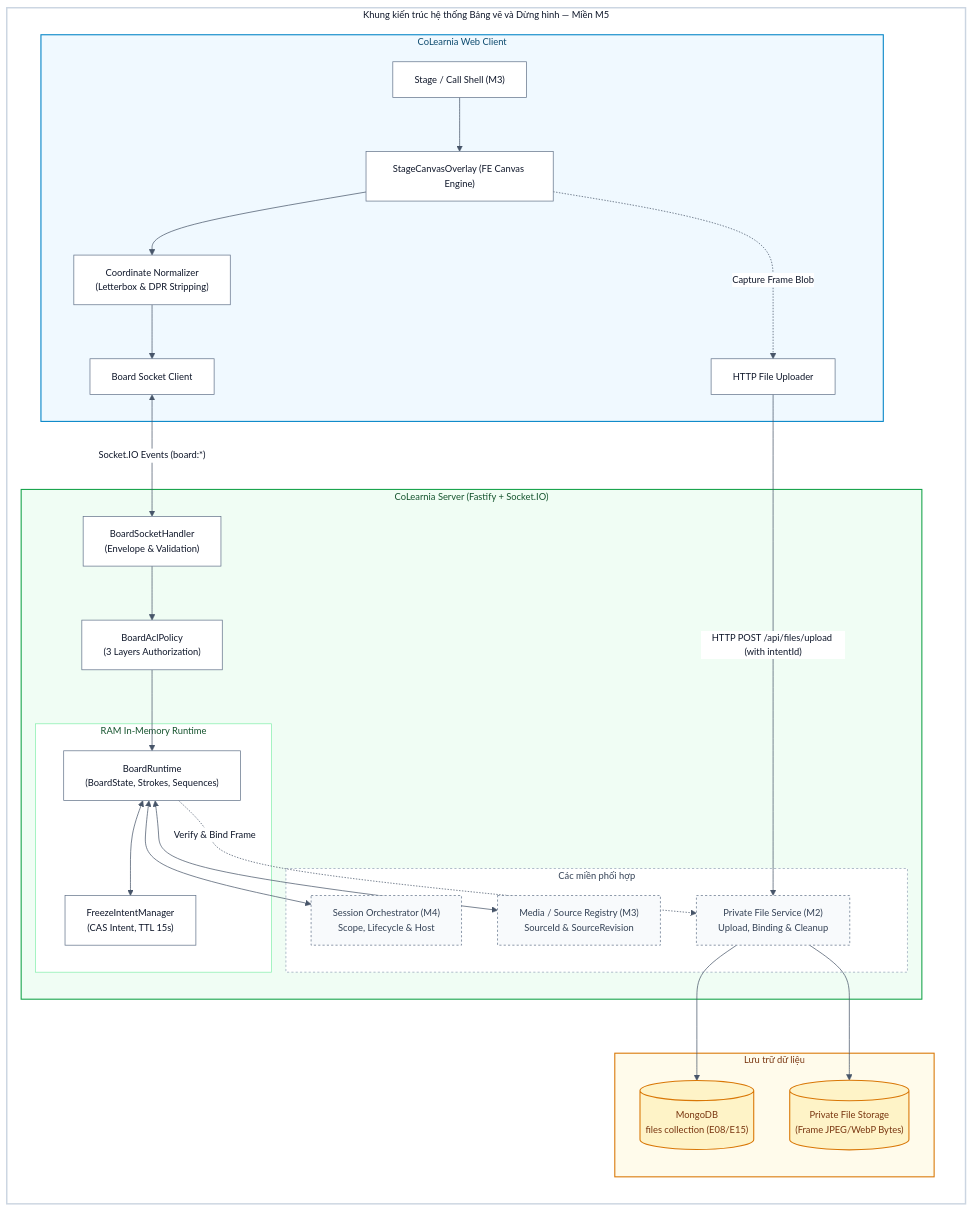
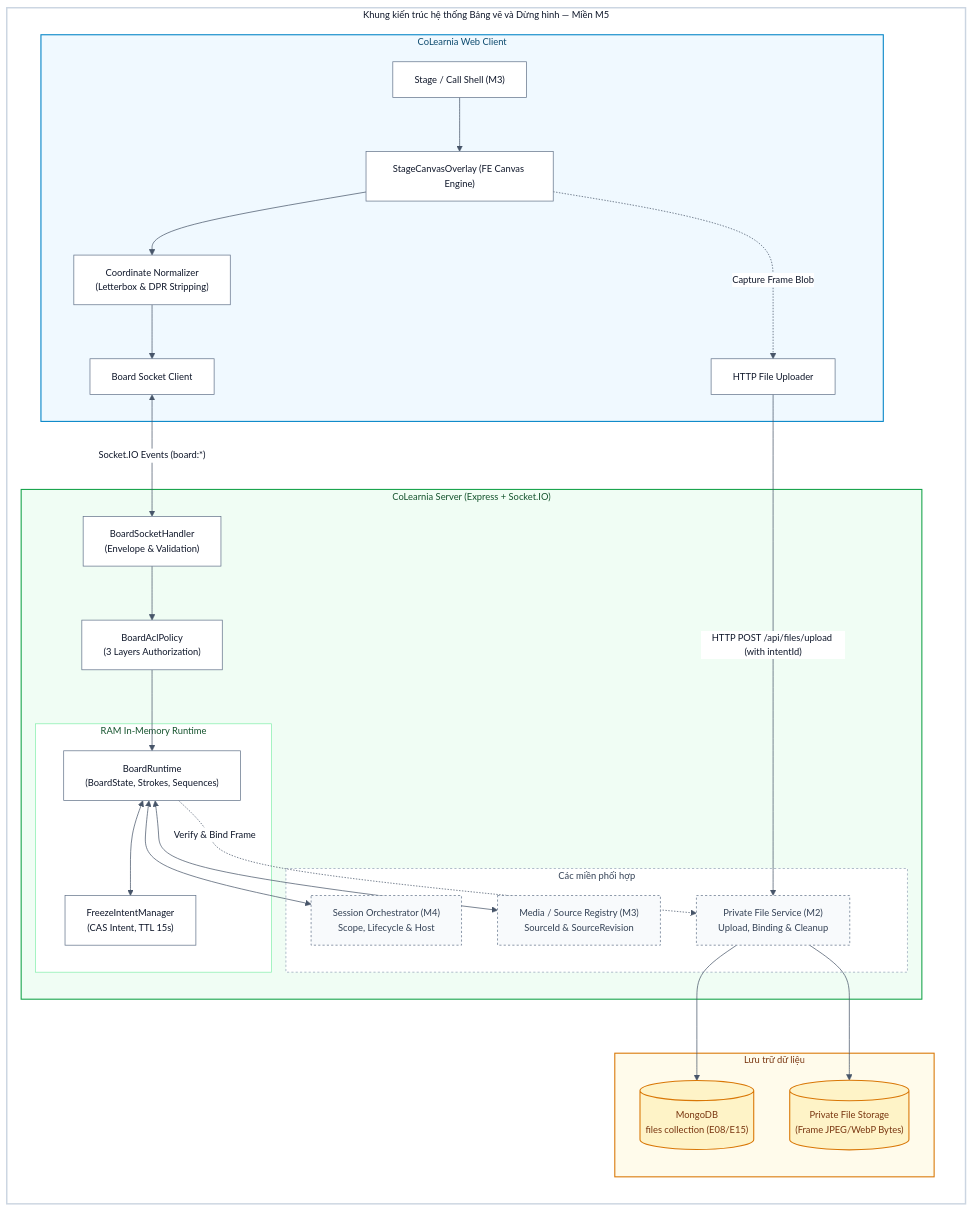
One commit to Lightning1507/CoLearnia changed the first of 13 diagrams in docs/proposals/m5-board.md. Above: the diagram before and after it, drawn with Mermaid. The commit also changed other lines of this file, not shown here.

Commit message:
docs(board): address PR review comments on data limits, permissions, and lifecycle

````diff
--- a/docs/proposals/m5-board.md
+++ b/docs/proposals/m5-board.md
@@ -202,65 +201,66 @@
 ```mermaid
 %%{init: {"theme":"base","themeVariables":{"fontFamily":"Inter, -apple-system, BlinkMacSystemFont, Segoe UI, Helvetica, Arial, sans-serif","fontSize":"13px","primaryColor":"#FFFFFF","primaryBorderColor":"#94A3B8","primaryTextColor":"#0F172A","lineColor":"#475569","textColor":"#0F172A","clusterBkg":"#F8FAFC","clusterBorder":"#CBD5E1"},"flowchart":{"curve":"basis","htmlLabels":true}}}%%
 flowchart LR
-  subgraph ArchitectureFrame ["Khung kiến trúc hệ thống Bảng vẽ và Dừng hình — Miền M5"]
-    subgraph ClientApp ["CoLearnia Web Client"]
-      UI["Stage / Call Shell (M3)"]
-      CanvasOverlay["StageCanvasOverlay (FE Canvas Engine)"]
-      Norm["Coordinate Normalizer<br/>(Letterbox & DPR Stripping)"]
-      BoardSocketClient["Board Socket Client"]
-      FileUploader["HTTP File Uploader"]
+subgraph ArchitectureFrame ["Khung kiến trúc hệ thống Bảng vẽ và Dừng hình — Miền M5"]
+subgraph ClientApp ["CoLearnia Web Client"]
+UI["Stage / Call Shell (M3)"]
+CanvasOverlay["StageCanvasOverlay (FE Canvas Engine)"]
+Norm["Coordinate Normalizer<br/>(Letterbox & DPR Stripping)"]
+BoardSocketClient["Board Socket Client"]
+FileUploader["HTTP File Uploader"]
 
       UI --> CanvasOverlay
       CanvasOverlay --> Norm
       Norm --> BoardSocketClient
       CanvasOverlay -.->|"Capture Frame Blob"| FileUploader
     end
 
-    subgraph ServerApp ["CoLearnia Server (Fastify + Socket.IO)"]
+    subgraph ServerApp ["CoLearnia Server (Express + Socket.IO)"]
       SocketHandler["BoardSocketHandler<br/>(Envelope & Validation)"]
       AclPolicy["BoardAclPolicy<br/>(3 Layers Authorization)"]
 
       subgraph RAMRuntime ["RAM In-Memory Runtime"]
         BoardRT["BoardRuntime<br/>(BoardState, Strokes, Sequences)"]
         IntentMgr["FreezeIntentManager<br/>(CAS Intent, TTL 15s)"]
       end
 
       subgraph OtherDomains ["Các miền phối hợp"]
         SessionOrch["Session Orchestrator (M4)<br/>Scope, Lifecycle & Host"]
         MediaReg["Media / Source Registry (M3)<br/>SourceId & SourceRevision"]
         FileSvc["Private File Service (M2)<br/>Upload, Binding & Cleanup"]
       end
 
       SocketHandler --> AclPolicy
       AclPolicy --> BoardRT
       BoardRT <--> IntentMgr
       BoardRT <--> SessionOrch
       BoardRT <--> MediaReg
       BoardRT -.->|"Verify & Bind Frame"| FileSvc
     end
 
     subgraph Storage ["Lưu trữ dữ liệu"]
       MongoFiles[("MongoDB<br/>files collection (E08/E15)")]
       DiskStore[("Private File Storage<br/>(Frame JPEG/WebP Bytes)")]
     end
 
     BoardSocketClient <-->|"Socket.IO Events (board:*)"| SocketHandler
     FileUploader -->|"HTTP POST /api/files/upload (with intentId)"| FileSvc
     FileSvc --> MongoFiles
     FileSvc --> DiskStore
-  end
 
-  style ArchitectureFrame fill:#FFFFFF,stroke:#CBD5E1,stroke-width:2px,color:#0F172A
-  style ClientApp fill:#F0F9FF,stroke:#0284C7,stroke-width:1.5px,color:#0C4A6E
-  style ServerApp fill:#F0FDF4,stroke:#16A34A,stroke-width:1.5px,color:#14532D
-  style Storage fill:#FFFBEB,stroke:#D97706,stroke-width:1.5px,color:#78350F
-  style RAMRuntime fill:#FFFFFF,stroke:#86EFAC,stroke-width:1px,color:#14532D
-  style OtherDomains fill:#FFFFFF,stroke:#94A3B8,stroke-width:1px,stroke-dasharray:3 3,color:#334155
+end
 
-  classDef default fill:#FFFFFF,stroke:#64748B,stroke-width:1px,color:#0F172A
-  classDef store fill:#FEF3C7,stroke:#D97706,stroke-width:1.5px,color:#78350F
-  classDef ext fill:#F8FAFC,stroke:#64748B,stroke-width:1px,stroke-dasharray:3 3,color:#334155
+style ArchitectureFrame fill:#FFFFFF,stroke:#CBD5E1,stroke-width:2px,color:#0F172A
+style ClientApp fill:#F0F9FF,stroke:#0284C7,stroke-width:1.5px,color:#0C4A6E
+style ServerApp fill:#F0FDF4,stroke:#16A34A,stroke-width:1.5px,color:#14532D
+style Storage fill:#FFFBEB,stroke:#D97706,stroke-width:1.5px,color:#78350F
+style RAMRuntime fill:#FFFFFF,stroke:#86EFAC,stroke-width:1px,color:#14532D
+style OtherDomains fill:#FFFFFF,stroke:#94A3B8,stroke-width:1px,stroke-dasharray:3 3,color:#334155
 
-  class MongoFiles,DiskStore store
-  class SessionOrch,MediaReg,FileSvc ext
+classDef default fill:#FFFFFF,stroke:#64748B,stroke-width:1px,color:#0F172A
+classDef store fill:#FEF3C7,stroke:#D97706,stroke-width:1.5px,color:#78350F
+classDef ext fill:#F8FAFC,stroke:#64748B,stroke-width:1px,stroke-dasharray:3 3,color:#334155
+
+class MongoFiles,DiskStore store
+class SessionOrch,MediaReg,FileSvc ext
 ```
````
